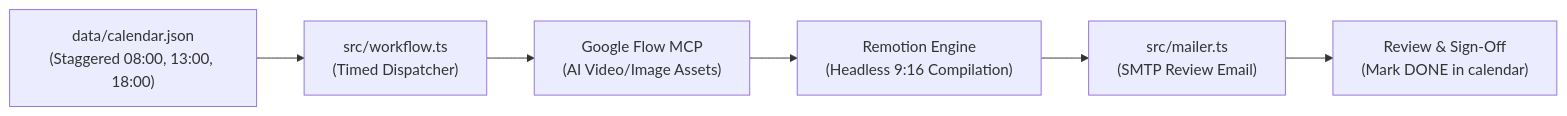
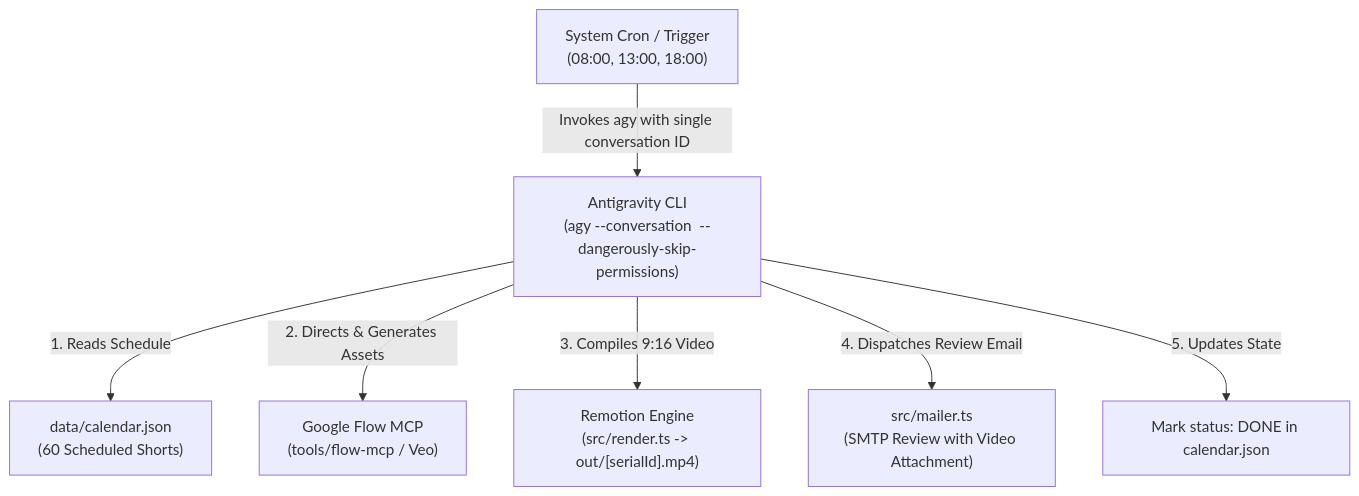
Before and after one commit to udezueoluomachi/yt-automation-wf: the diagram in GEMINI.md, drawn with Mermaid. The commit also changed other lines of this file and 10 other files, not shown here.

Commit message:
feat: integrate Google Flow MCP, Remotion 9:16 rendering engine, and single-conversation autonomous pipeline

````diff
--- a/GEMINI.md
+++ b/GEMINI.md
@@ -15,8 +8,9 @@
 ```mermaid
-flowchart LR
-    A["data/calendar.json\n(Staggered 08:00, 13:00, 18:00)"] --> B["src/workflow.ts\n(Timed Dispatcher)"]
-    B --> C["Google Flow MCP\n(AI Video/Image Assets)"]
-    C --> D["Remotion Engine\n(Headless 9:16 Compilation)"]
-    D --> E["src/mailer.ts\n(SMTP Review Email)"]
-    E --> F["Review & Sign-Off\n(Mark DONE in calendar)"]
+flowchart TD
+    Cron["System Cron / Trigger\n(08:00, 13:00, 18:00)"] -->|Invokes agy with single conversation ID| AGY["Antigravity CLI\n(agy --conversation <id> --dangerously-skip-permissions)"]
+    AGY -->|1. Reads Schedule| Cal["data/calendar.json\n(60 Scheduled Shorts)"]
+    AGY -->|2. Directs & Generates Assets| Flow["Google Flow MCP\n(tools/flow-mcp / Veo)"]
+    AGY -->|3. Compiles 9:16 Video| Remotion["Remotion Engine\n(src/render.ts -> out/[serialId].mp4)"]
+    AGY -->|4. Dispatches Review Email| Mail["src/mailer.ts\n(SMTP Review with Video Attachment)"]
+    AGY -->|5. Updates State| CalDone["Mark status: DONE in calendar.json"]
 ```
````
